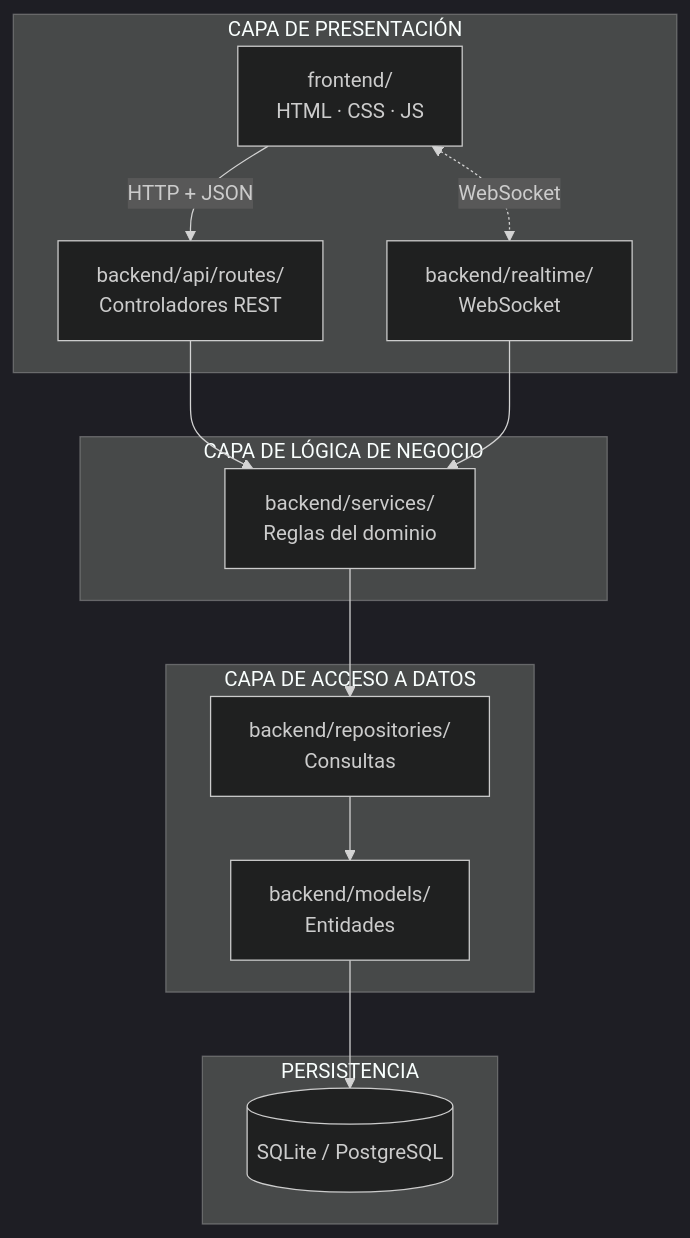
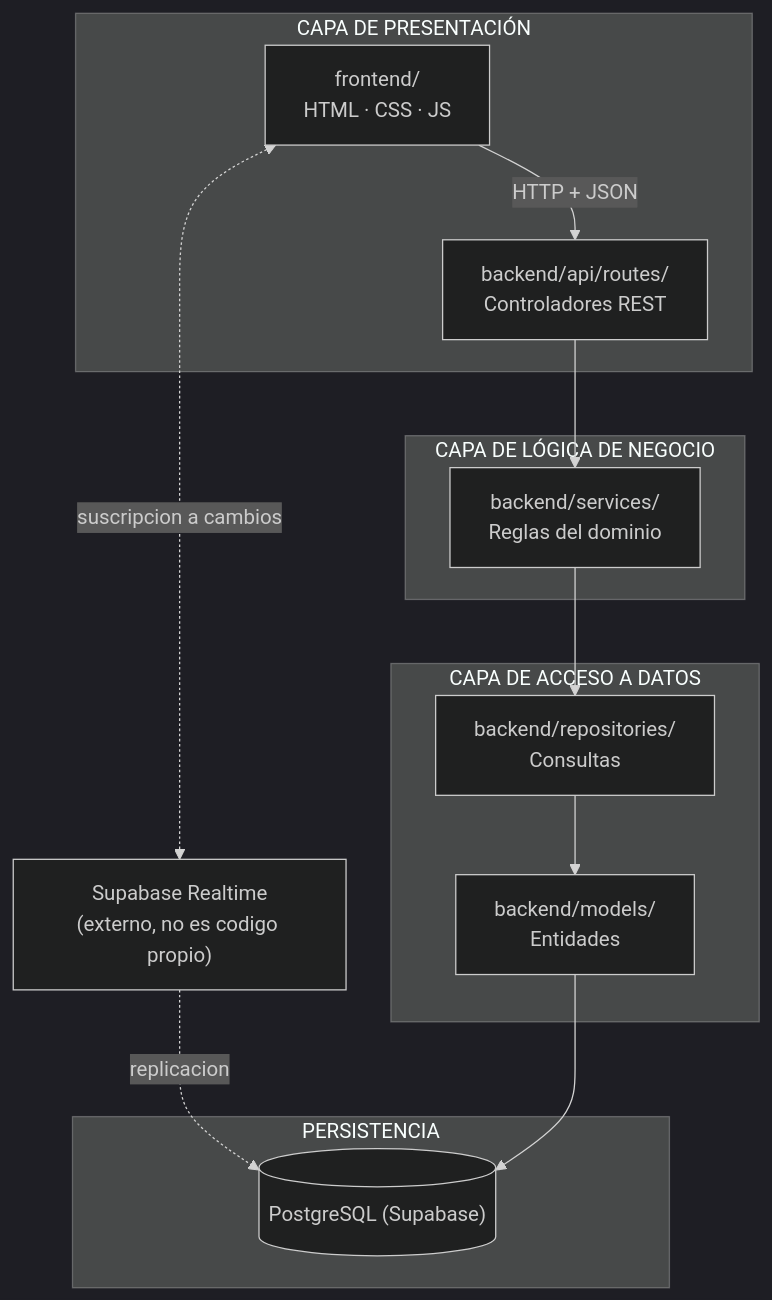
Before and after one commit to Leoenel-edu/Cattleya-Flow: the first of 2 diagrams in docs/arquitectura.md, drawn with Mermaid (dark theme). The commit also changed other lines of this file and 26 other files, not shown here.

````diff
--- a/docs/arquitectura.md
+++ b/docs/arquitectura.md
@@ -12,29 +12,30 @@
 ```mermaid
 flowchart TB
     subgraph P["CAPA DE PRESENTACIÓN"]
         FE["frontend/<br/>HTML · CSS · JS"]
         API["backend/api/routes/<br/>Controladores REST"]
-        WS["backend/realtime/<br/>WebSocket"]
     end
 
     subgraph N["CAPA DE LÓGICA DE NEGOCIO"]
         SVC["backend/services/<br/>Reglas del dominio"]
     end
 
     subgraph D["CAPA DE ACCESO A DATOS"]
         REPO["backend/repositories/<br/>Consultas"]
         MOD["backend/models/<br/>Entidades"]
     end
 
     subgraph BD["PERSISTENCIA"]
-        SQL[("SQLite / PostgreSQL")]
+        SQL[("PostgreSQL (Supabase)")]
     end
 
+    RT["Supabase Realtime<br/>(externo, no es codigo propio)"]
+
     FE -->|HTTP + JSON| API
-    FE <-.->|WebSocket| WS
+    FE <-.->|suscripcion a cambios| RT
+    RT -.->|replicacion| SQL
     API --> SVC
-    WS --> SVC
     SVC --> REPO
     REPO --> MOD
     MOD --> SQL
 ```
````
